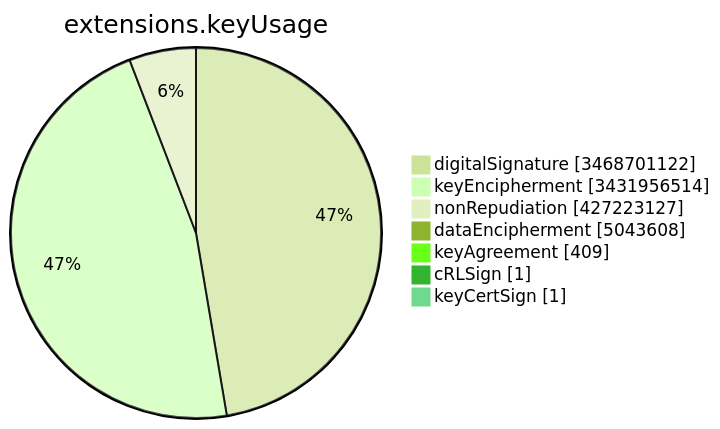
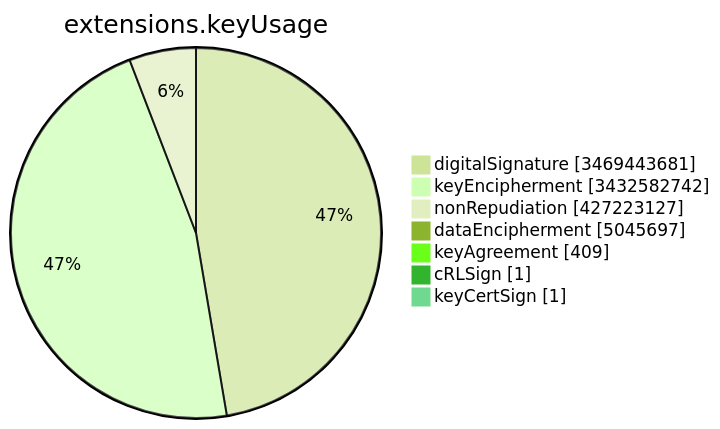
One commit to christiankrug/ctmonitor_visualization changed the sixth of 15 diagrams in TOTAL/README.md. Above: the diagram before and after it, drawn with Mermaid (forest theme). The commit also changed other lines of this file, not shown here.

````diff
--- a/TOTAL/README.md
+++ b/TOTAL/README.md
@@ -3082,11 +3082,11 @@
 ```mermaid
 pie showData
 title extensions.keyUsage
-"digitalSignature" :3468701122
-"keyEncipherment" :3431956514
+"digitalSignature" :3469443681
+"keyEncipherment" :3432582742
 "nonRepudiation" :427223127
-"dataEncipherment" :5043608
+"dataEncipherment" :5045697
 "keyAgreement" :409
 "cRLSign" :1
 "keyCertSign" :1
 ```
````
